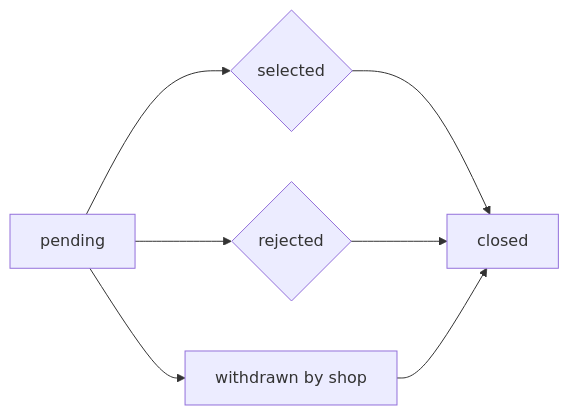
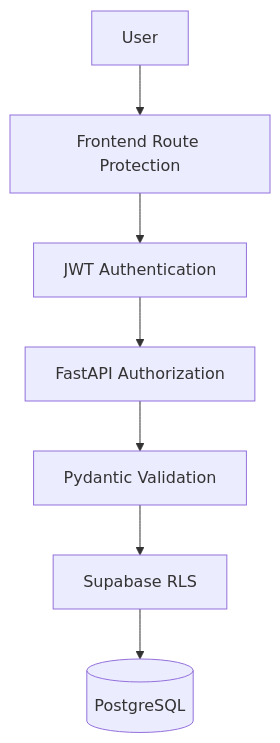
One commit to prateEKsaha07/marketflip changed diagram 13 of 17 in README.md. Above: the diagram before and after it, drawn with Mermaid. The commit also changed other lines of this file and 1 other file, not shown here.

````diff
--- a/README.md
+++ b/README.md
@@ -635,10 +1276,12 @@
-```mermaid
-flowchart LR
-    A[pending] --> B{selected}
-    A --> C{rejected}
-    A --> D[withdrawn by shop]
-    
-    B --> E[closed]
-    C --> E
-    D --> E
+``` mermaid
+flowchart TB
+    A[User]
+    B[Frontend Route Protection]
+    C[JWT Authentication]
+    D[FastAPI Authorization]
+    E[Pydantic Validation]
+    F[Supabase RLS]
+    G[(PostgreSQL)]
+
+    A --> B --> C --> D --> E --> F --> G
 ```
````
